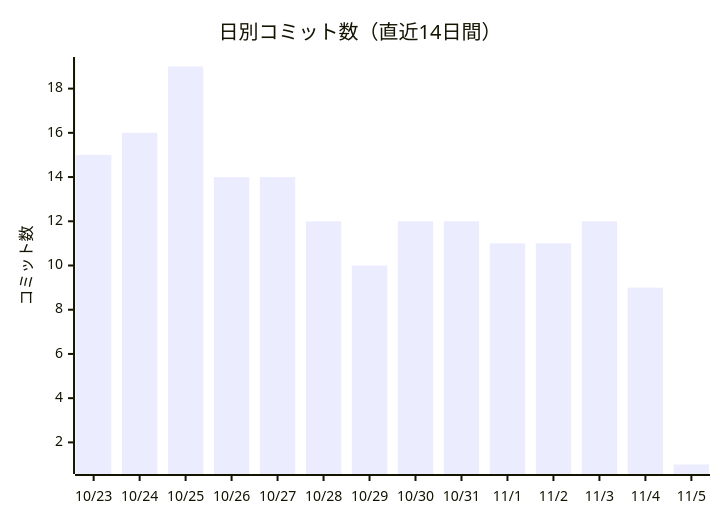
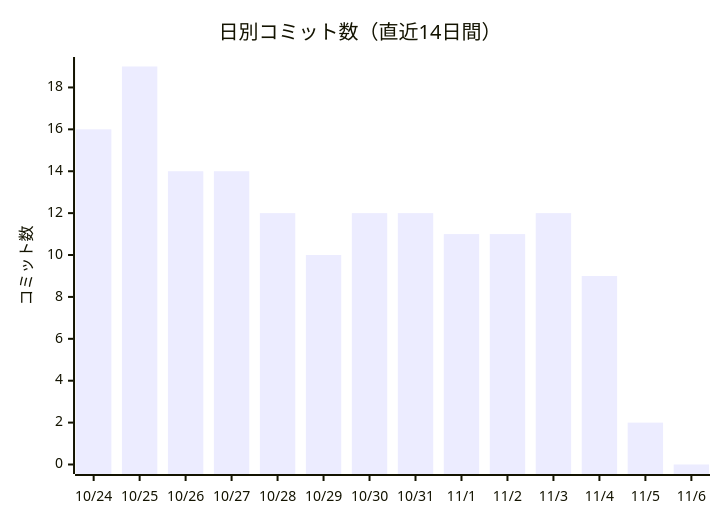
One commit to non-x2/non-x2 changed the first of 2 diagrams in docs/進化レポート.md. Above: the diagram before and after it, drawn with Mermaid. The commit also changed other lines of this file and 1 other file, not shown here.

````diff
--- a/docs/進化レポート.md
+++ b/docs/進化レポート.md
@@ -23,7 +23,7 @@
 ```mermaid
 xychart-beta
     title "日別コミット数（直近14日間）"
-    x-axis ["10/23", "10/24", "10/25", "10/26", "10/27", "10/28", "10/29", "10/30", "10/31", "11/1", "11/2", "11/3", "11/4", "11/5"]
+    x-axis ["10/24", "10/25", "10/26", "10/27", "10/28", "10/29", "10/30", "10/31", "11/1", "11/2", "11/3", "11/4", "11/5", "11/6"]
     y-axis "コミット数"
-    bar [15, 16, 19, 14, 14, 12, 10, 12, 12, 11, 11, 12, 9, 1]
+    bar [16, 19, 14, 14, 12, 10, 12, 12, 11, 11, 12, 9, 2, 0]
 ```
````
